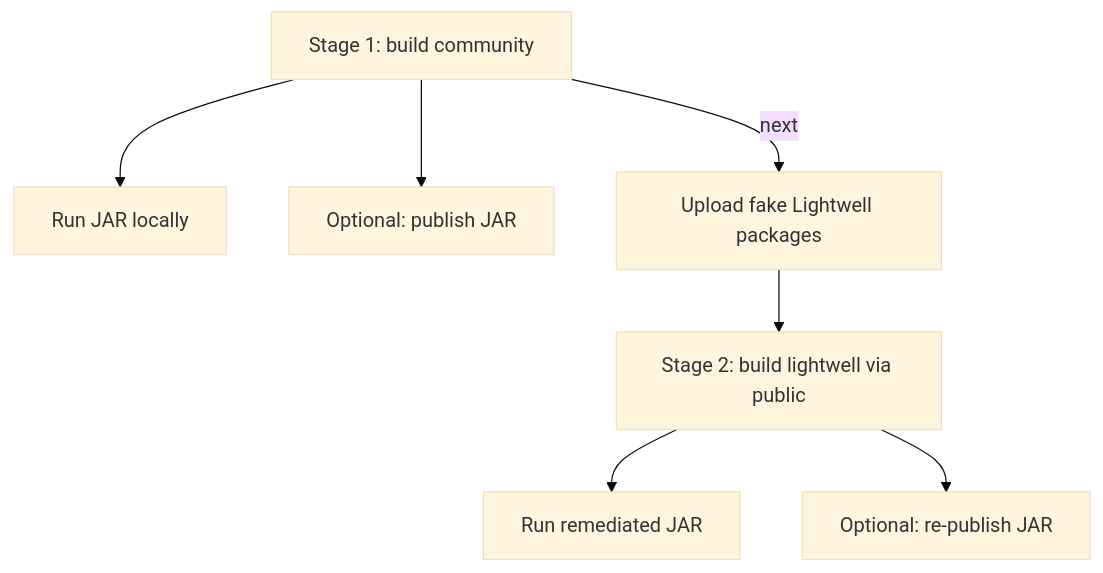
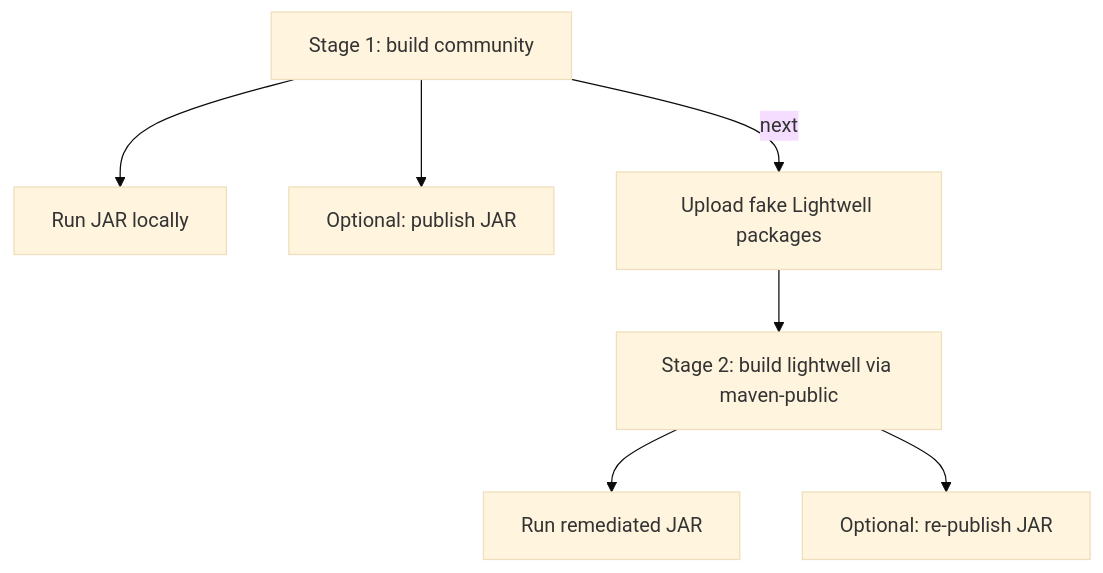
One commit to ansible-tmm/lightwell_app changed the third of 3 diagrams in README.md. Above: the diagram before and after it, drawn with Mermaid (base theme). The commit also changed other lines of this file and 13 other files, not shown here.

````diff
--- a/README.md
+++ b/README.md
@@ -56,9 +56,9 @@
 ```mermaid
 flowchart TD
   S1["Stage 1: build community"] --> Run1["Run JAR locally"]
   S1 --> Pub1["Optional: publish JAR"]
   S1 -->|"next"| Prep["Upload fake Lightwell packages"]
-  Prep --> S2["Stage 2: build lightwell via public"]
+  Prep --> S2["Stage 2: build lightwell via maven-public"]
   S2 --> Run2["Run remediated JAR"]
   S2 --> Pub2["Optional: re-publish JAR"]
 ```
````
